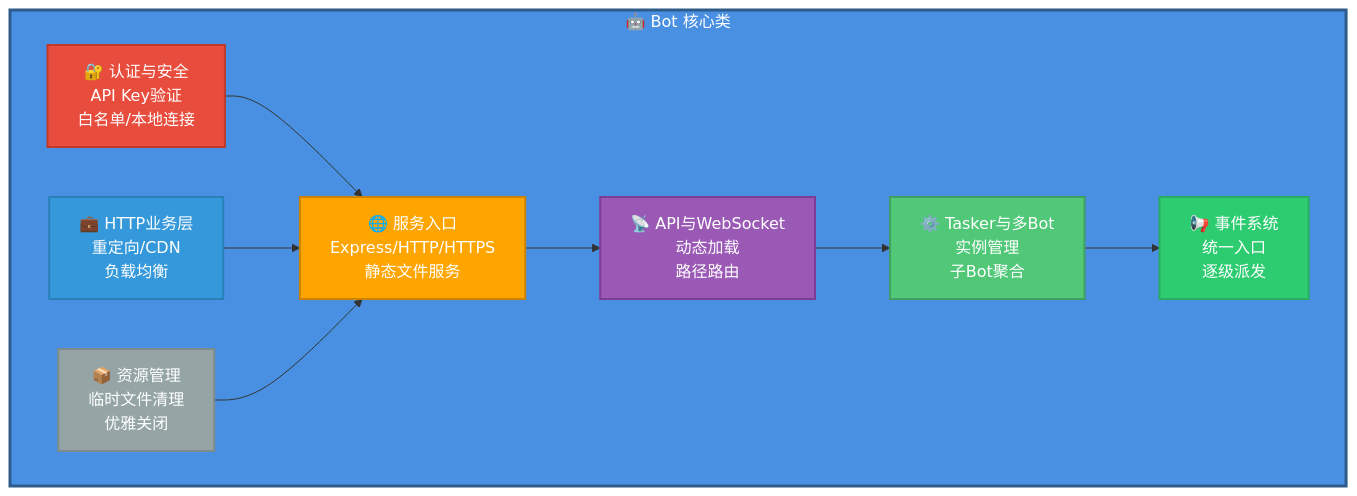
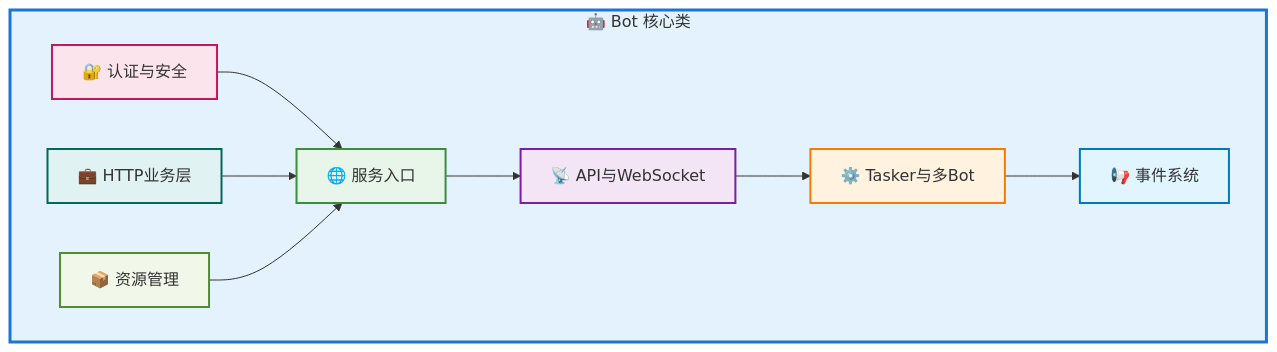
The first of 12 diagrams in docs/bot.md (sunflowermm/XRK-AGT), drawn with Mermaid before and after one commit. The commit also changed 19 other files, not shown here.

````diff
--- a/docs/bot.md
+++ b/docs/bot.md
@@ -71,29 +71,28 @@
 ```mermaid
 flowchart TB
     subgraph Bot["🤖 Bot 核心类"]
-        direction LR
-        Service["🌐 服务入口<br/>Express/HTTP/HTTPS<br/>静态文件服务"]
-        API["📡 API与WebSocket<br/>动态加载<br/>路径路由"]
-        Tasker["⚙️ Tasker与多Bot<br/>实例管理<br/>子Bot聚合"]
-        Auth["🔐 认证与安全<br/>API Key验证<br/>白名单/本地连接"]
-        Event["📢 事件系统<br/>统一入口<br/>逐级派发"]
-        Business["💼 HTTP业务层<br/>重定向/CDN<br/>负载均衡"]
-        Resource["📦 资源管理<br/>临时文件清理<br/>优雅关闭"]
+        Service["🌐 服务入口"]
+        API["📡 API与WebSocket"]
+        Tasker["⚙️ Tasker与多Bot"]
+        Auth["🔐 认证与安全"]
+        Event["📢 事件系统"]
+        Business["💼 HTTP业务层"]
+        Resource["📦 资源管理"]
     end
     
     Service --> API
     API --> Tasker
     Tasker --> Event
     Auth --> Service
     Business --> Service
     Resource --> Service
     
-    style Bot fill:#4A90E2,stroke:#2E5C8A,stroke-width:3px,color:#fff
-    style Service fill:#FFA500,stroke:#CC8400,stroke-width:2px,color:#fff
-    style API fill:#9B59B6,stroke:#7D3C98,stroke-width:2px,color:#fff
-    style Tasker fill:#50C878,stroke:#3FA060,stroke-width:2px,color:#fff
-    style Auth fill:#E74C3C,stroke:#C0392B,stroke-width:2px,color:#fff
-    style Event fill:#2ECC71,stroke:#27AE60,stroke-width:2px,color:#fff
-    style Business fill:#3498DB,stroke:#2980B9,stroke-width:2px,color:#fff
-    style Resource fill:#95A5A6,stroke:#7F8C8D,stroke-width:2px,color:#fff
+    style Bot fill:#E3F2FD,stroke:#1976D2,stroke-width:3px
+    style Service fill:#E8F5E9,stroke:#388E3C,stroke-width:2px
+    style API fill:#F3E5F5,stroke:#7B1FA2,stroke-width:2px
+    style Tasker fill:#FFF3E0,stroke:#F57C00,stroke-width:2px
+    style Auth fill:#FCE4EC,stroke:#C2185B,stroke-width:2px
+    style Event fill:#E1F5FE,stroke:#0277BD,stroke-width:2px
+    style Business fill:#E0F2F1,stroke:#00695C,stroke-width:2px
+    style Resource fill:#F1F8E9,stroke:#558B2F,stroke-width:2px
 ```
````
